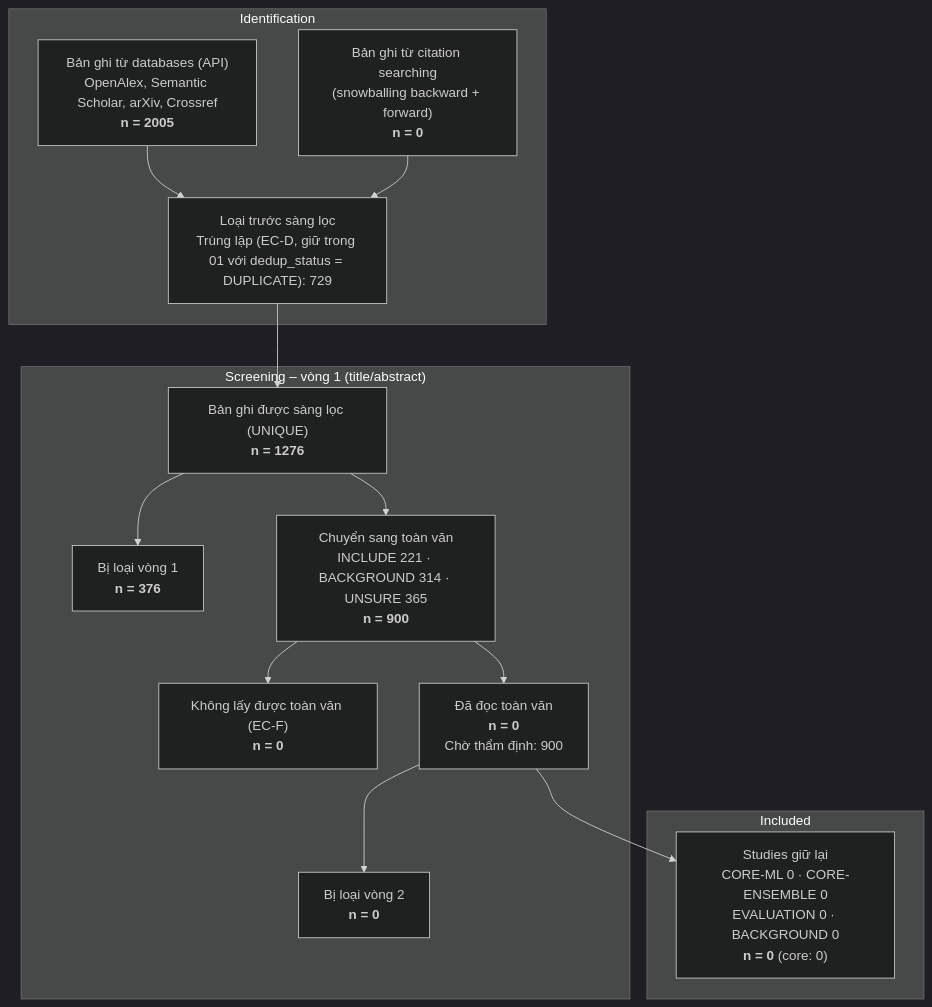
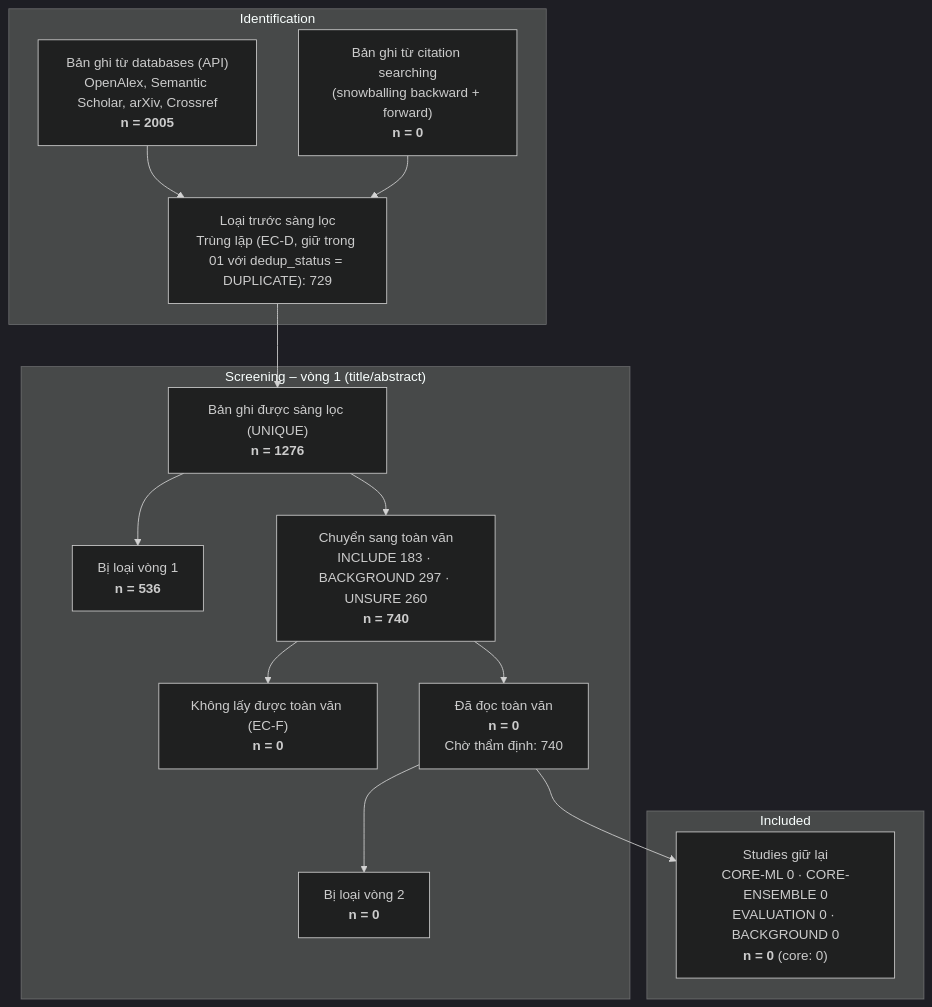
Before and after one commit to TaiNguyen66/fr_nfr_ensemble_research: the diagram in literature/search/screening-flow.md, drawn with Mermaid (dark theme). The commit also changed other lines of this file and 6 other files, not shown here.

````diff
--- a/literature/search/screening-flow.md
+++ b/literature/search/screening-flow.md
@@ -13,28 +13,28 @@
 ```mermaid
 flowchart TD
     subgraph ID ["Identification"]
         A["Bản ghi từ databases (API)<br/>OpenAlex, Semantic Scholar, arXiv, Crossref<br/><b>n = 2005</b>"]
         A2["Bản ghi từ citation searching<br/>(snowballing backward + forward)<br/><b>n = 0</b>"]
         X["Loại trước sàng lọc<br/>Trùng lặp (EC-D, giữ trong 01 với dedup_status = DUPLICATE): 729"]
     end
     subgraph SC ["Screening – vòng 1 (title/abstract)"]
         B["Bản ghi được sàng lọc (UNIQUE)<br/><b>n = 1276</b>"]
-        C["Bị loại vòng 1<br/><b>n = 376</b>"]
-        D["Chuyển sang toàn văn<br/>INCLUDE 221 · BACKGROUND 314 · UNSURE 365<br/><b>n = 900</b>"]
+        C["Bị loại vòng 1<br/><b>n = 536</b>"]
+        D["Chuyển sang toàn văn<br/>INCLUDE 183 · BACKGROUND 297 · UNSURE 260<br/><b>n = 740</b>"]
         E["Không lấy được toàn văn (EC-F)<br/><b>n = 0</b>"]
-        F["Đã đọc toàn văn<br/><b>n = 0</b><br/>Chờ thẩm định: 900"]
+        F["Đã đọc toàn văn<br/><b>n = 0</b><br/>Chờ thẩm định: 740"]
         G["Bị loại vòng 2<br/><b>n = 0</b>"]
     end
     subgraph IN ["Included"]
         H["Studies giữ lại<br/>CORE-ML 0 · CORE-ENSEMBLE 0<br/>EVALUATION 0 · BACKGROUND 0<br/><b>n = 0</b> (core: 0)"]
     end
     A --> X
     A2 --> X
     X --> B
     B --> C
     B --> D
     D --> E
     D --> F
     F --> G
     F --> H
 ```
````
